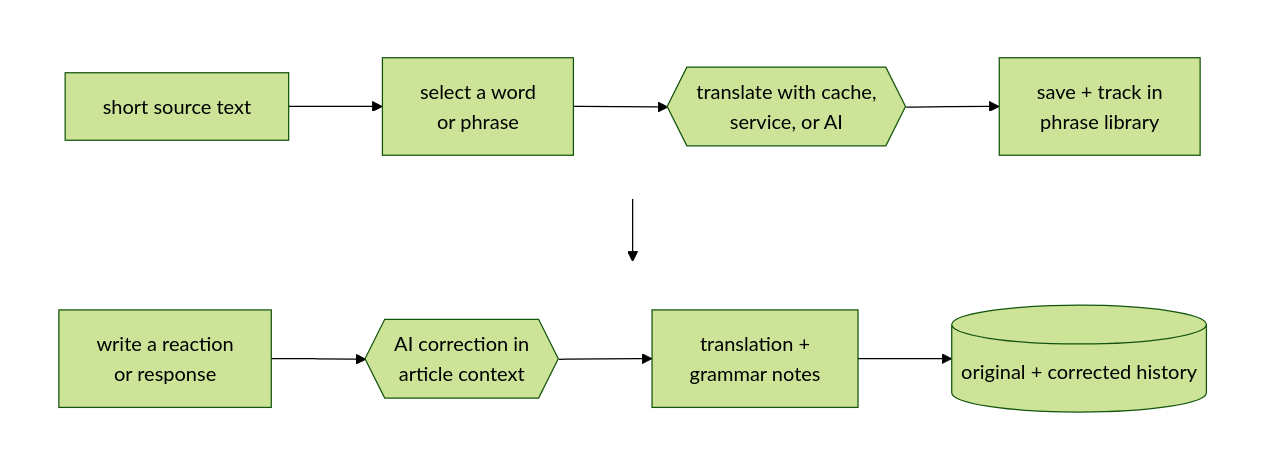
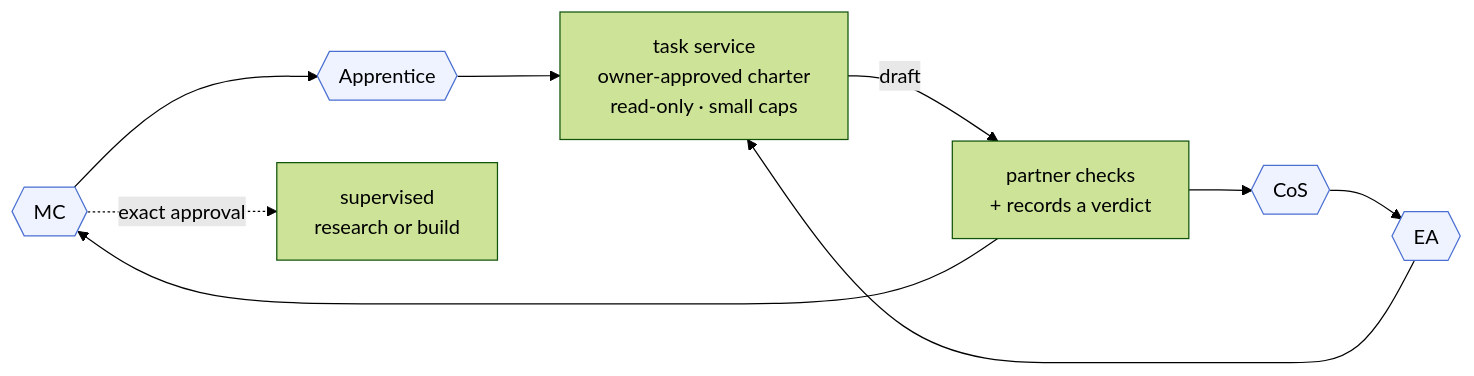
The ninth of 13 diagrams in ARCHITECTURE.md (robertvanstedum/personal-ai-agents), drawn with Mermaid (forest theme) before and after one commit. The commit also changed other lines of this file and 9 other files, not shown here.

First line of the commit message:
Key docs for mini-moi 1.2 beta: README, ARCHITECTURE and a terms appendix

````diff
--- a/ARCHITECTURE.md
+++ b/ARCHITECTURE.md
@@ -531,20 +977,13 @@
 ```mermaid
-flowchart TB
-    subgraph TOP[" "]
-        direction LR
-        C[short source text] --> E[select a word<br/>or phrase]
-        E --> F{{translate with cache,<br/>service, or AI}}
-        F --> G[save + track in<br/>phrase library]
-    end
-
-    subgraph BOTTOM[" "]
-        direction LR
-        I[write a reaction<br/>or response] --> J{{AI correction in<br/>article context}}
-        J --> K[translation +<br/>grammar notes]
-        K --> L[(original + corrected history)]
-    end
-
-    C --> I
-    style TOP fill:transparent,stroke:transparent
-    style BOTTOM fill:transparent,stroke:transparent
+flowchart LR
+    MC{{MC}} --> AP{{Apprentice}}
+    CS{{CoS}} --> EA{{EA}}
+    AP --> TS[task service<br/>owner-approved charter<br/>read-only · small caps]
+    EA --> TS
+    TS -->|draft| V[partner checks<br/>+ records a verdict]
+    V --> MC
+    V --> CS
+    MC -.->|exact approval| J[supervised<br/>research or build]
+    class MC,CS,AP,EA ai
+    classDef ai fill:#eef3ff,stroke:#4a6fd1
 ```
````
